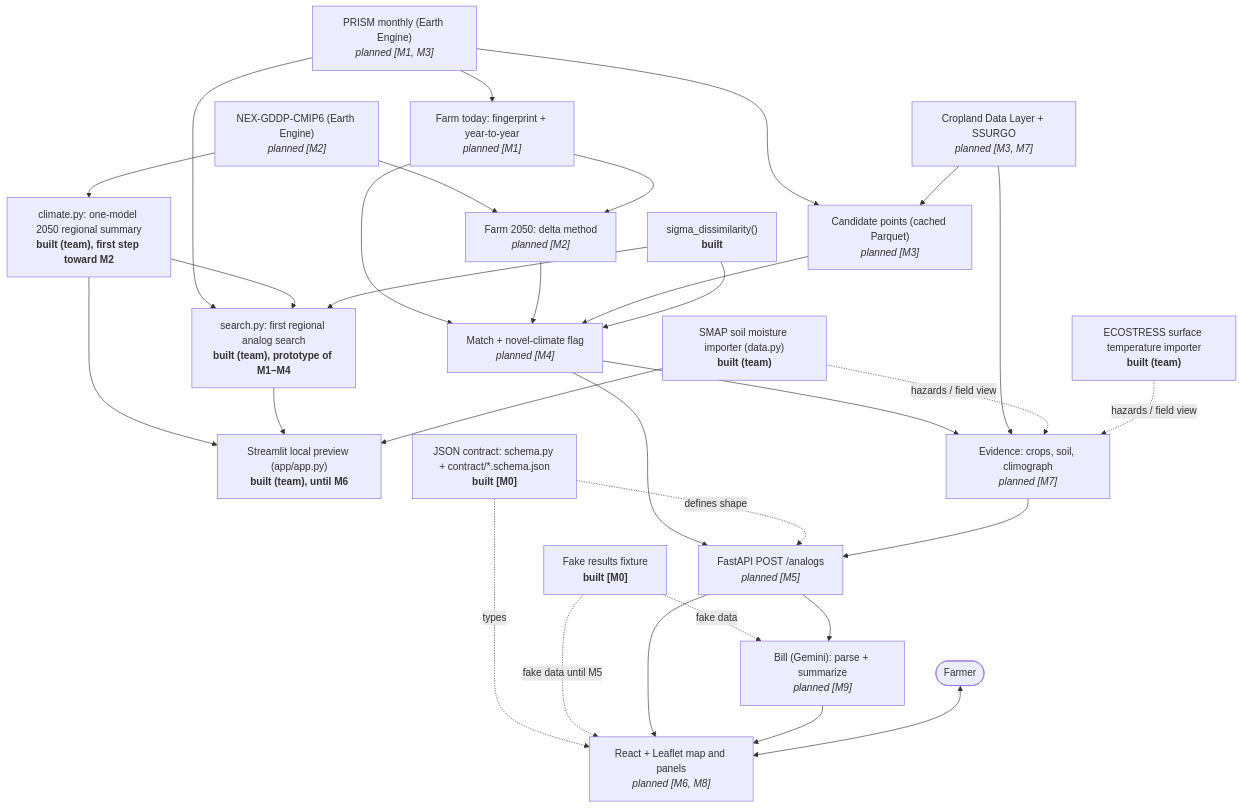
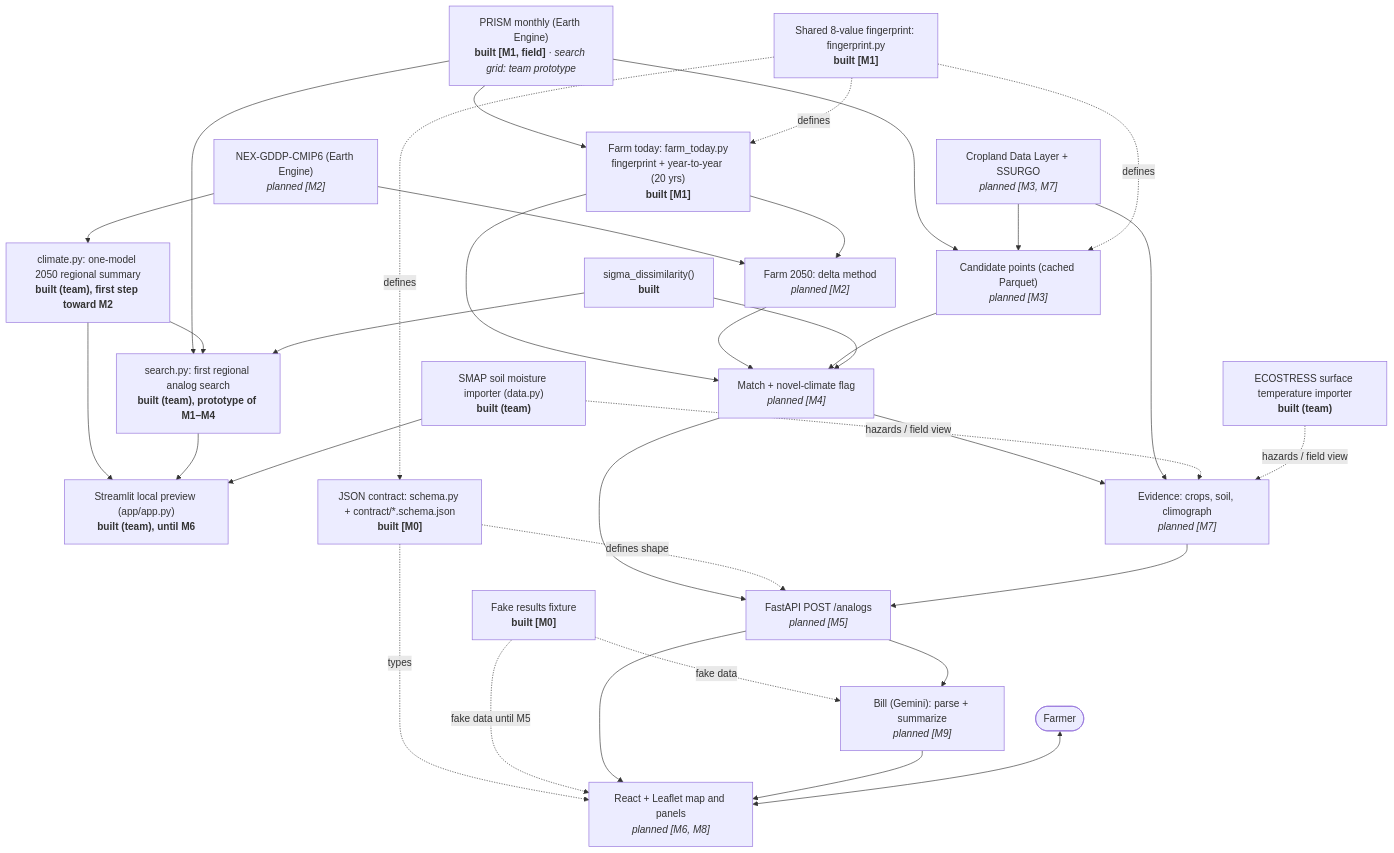
One commit to trafwel/farm-analog changed the diagram in docs/ARCHITECTURE.md. Above: the diagram before and after it, drawn with Mermaid. The commit also changed other lines of this file and 4 other files, not shown here.

First line of the commit message:
Record M1's review, open issues, teach-back and architecture

````diff
--- a/docs/ARCHITECTURE.md
+++ b/docs/ARCHITECTURE.md
@@ -7,56 +7,60 @@
 ```mermaid
 flowchart TD
-    PRISM["PRISM monthly (Earth Engine)<br/><i>planned [M1, M3]</i>"]
+    PRISM["PRISM monthly (Earth Engine)<br/><b>built [M1, field]</b> · <i>search grid: team prototype</i>"]
     CMIP["NEX-GDDP-CMIP6 (Earth Engine)<br/><i>planned [M2]</i>"]
     CDL["Cropland Data Layer + SSURGO<br/><i>planned [M3, M7]</i>"]
     SMAP["SMAP soil moisture importer (data.py)<br/><b>built (team)</b>"]
     ECO["ECOSTRESS surface temperature importer<br/><b>built (team)</b>"]
     CLIM["climate.py: one-model 2050 regional summary<br/><b>built (team), first step toward M2</b>"]
     PREVIEW["Streamlit local preview (app/app.py)<br/><b>built (team), until M6</b>"]
     SEARCH["search.py: first regional analog search<br/><b>built (team), prototype of M1–M4</b>"]
 
-    FT["Farm today: fingerprint + year-to-year<br/><i>planned [M1]</i>"]
+    FT["Farm today: farm_today.py<br/>fingerprint + year-to-year (20 yrs)<br/><b>built [M1]</b>"]
+    FPRINT["Shared 8-value fingerprint: fingerprint.py<br/><b>built [M1]</b>"]
     F50["Farm 2050: delta method<br/><i>planned [M2]</i>"]
     CAND["Candidate points (cached Parquet)<br/><i>planned [M3]</i>"]
     SIGMA["sigma_dissimilarity()<br/><b>built</b>"]
     MATCH["Match + novel-climate flag<br/><i>planned [M4]</i>"]
     EVID["Evidence: crops, soil, climograph<br/><i>planned [M7]</i>"]
 
     CONTRACT["JSON contract: schema.py + contract/*.schema.json<br/><b>built [M0]</b>"]
     FIX["Fake results fixture<br/><b>built [M0]</b>"]
     API["FastAPI POST /analogs<br/><i>planned [M5]</i>"]
     UI["React + Leaflet map and panels<br/><i>planned [M6, M8]</i>"]
     BILL["Bill (Gemini): parse + summarize<br/><i>planned [M9]</i>"]
     FARMER(["Farmer"])
 
     PRISM --> FT
     PRISM --> CAND
     CMIP --> F50
     FT --> F50
     CDL --> CAND
     FT --> MATCH
     F50 --> MATCH
     CAND --> MATCH
     SIGMA --> MATCH
     MATCH --> EVID
     CDL --> EVID
     MATCH --> API
+    FPRINT -. defines .-> FT
+    FPRINT -. defines .-> CAND
+    FPRINT -. defines .-> CONTRACT
     CMIP --> CLIM
     CLIM --> PREVIEW
     PRISM --> SEARCH
     CLIM --> SEARCH
     SIGMA --> SEARCH
     SEARCH --> PREVIEW
     SMAP --> PREVIEW
     SMAP -. hazards / field view .-> EVID
     ECO -. hazards / field view .-> EVID
     CONTRACT -. defines shape .-> API
     CONTRACT -. types .-> UI
     FIX -. fake data until M5 .-> UI
     FIX -. fake data .-> BILL
     EVID --> API
     API --> UI
     API --> BILL
     BILL --> UI
     FARMER <--> UI
 ```
````
